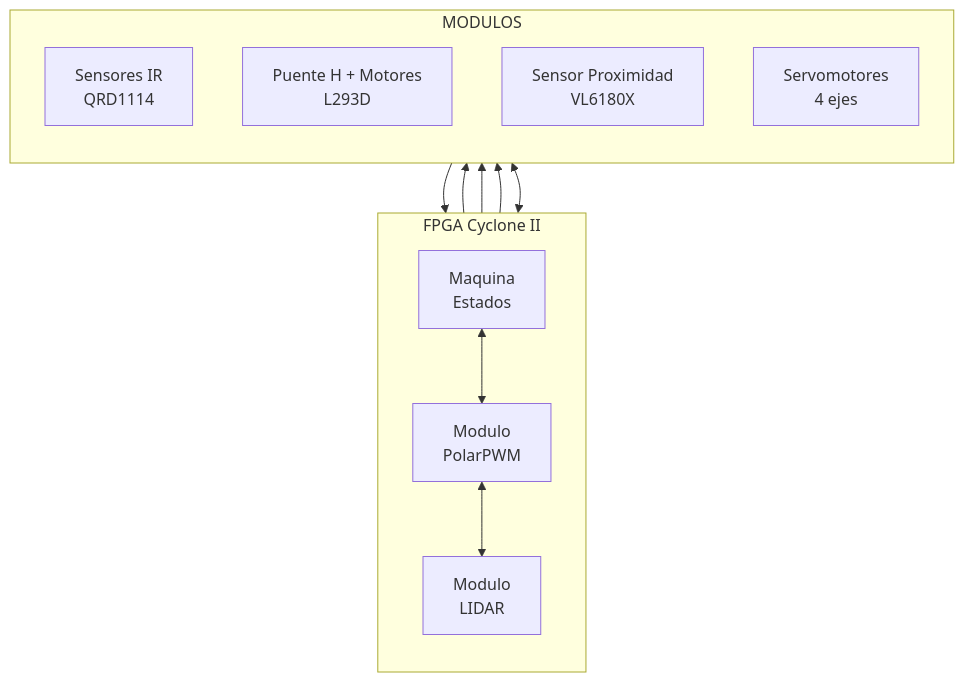
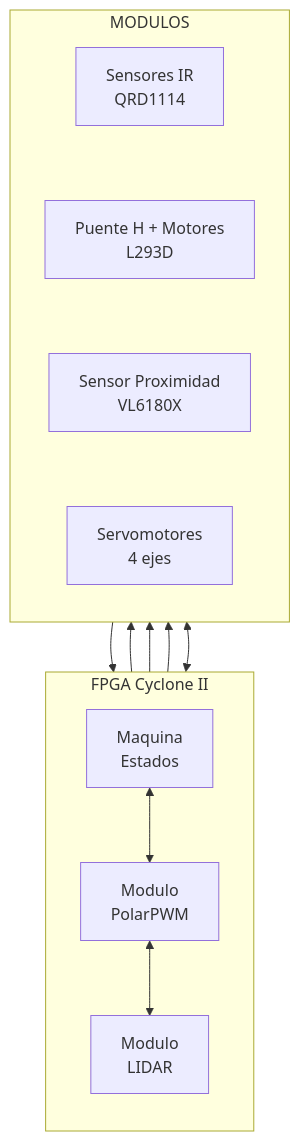
Before and after one commit to Actronix09/SeguidorLinea_Brazo: the first of 2 diagrams in README.md, drawn with Mermaid.

````diff
--- a/README.md
+++ b/README.md
@@ -82,31 +82,33 @@
 ```mermaid
 flowchart TB
 
     subgraph FPGA["FPGA Cyclone II"]
         direction TB
 
         SM["Maquina<br/>Estados"]
         PWM["Modulo<br/>PolarPWM"]
         LIDAR["Modulo<br/>LIDAR"]
 
         SM <--> PWM
         PWM <--> LIDAR
     end
 
     subgraph MODULOS
         direction TB
 
         IR["Sensores IR<br/>QRD1114"]
         HBRIDGE["Puente H + Motores<br/>L293D"]
         PROX["Sensor Proximidad<br/>VL6180X"]
         SERVO["Servomotores<br/>4 ejes"]
     end
 
     IR --> SM
     SM --> HBRIDGE
 
     PWM --> SERVO
 
     LIDAR --> SERVO
     LIDAR <--> PROX
+
+    IR ~~~ HBRIDGE ~~~ PROX ~~~ SERVO
 ```
````
